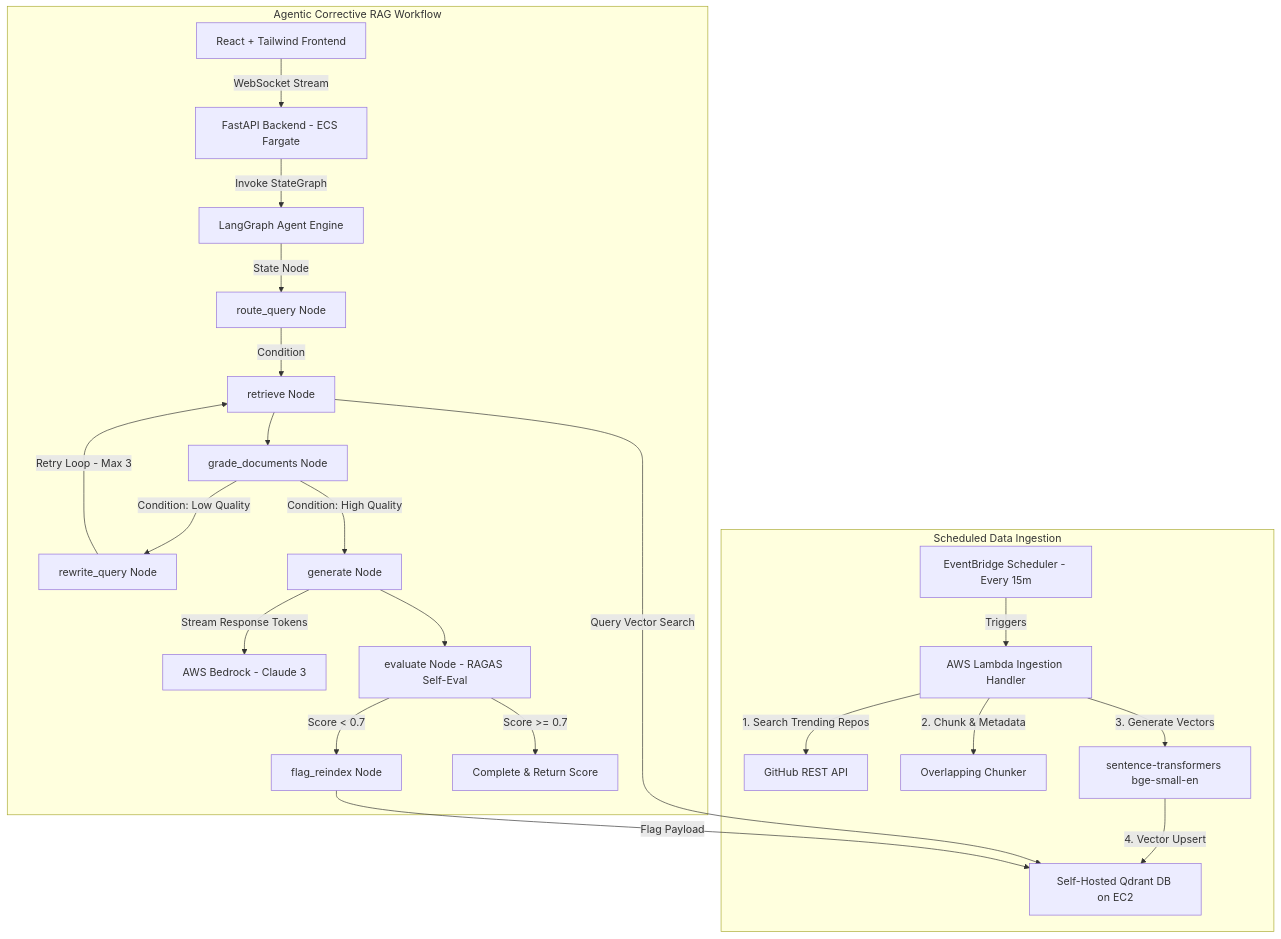
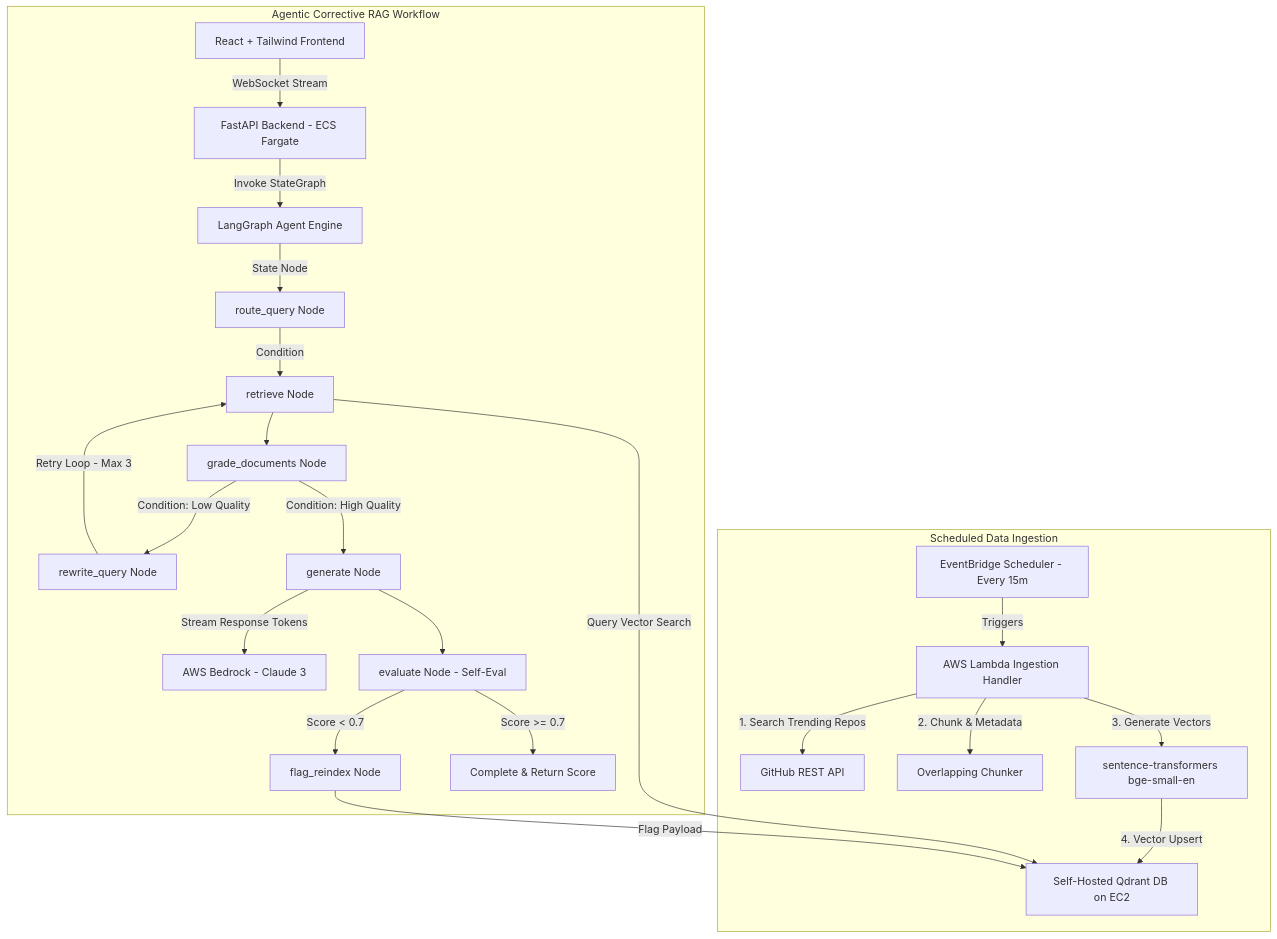
Before and after one commit to varmaleena/-agentic-rag-github-trending: the diagram in docs/architecture.md, drawn with Mermaid. The commit also changed other lines of this file and 5 other files, not shown here.

````diff
--- a/docs/architecture.md
+++ b/docs/architecture.md
@@ -9,31 +9,31 @@
 ```mermaid
 graph TD
     subgraph Scheduled Data Ingestion
         EB[EventBridge Scheduler - Every 15m] -->|Triggers| L1[AWS Lambda Ingestion Handler]
         L1 -->|1. Search Trending Repos| GH[GitHub REST API]
         L1 -->|2. Chunk & Metadata| CH[Overlapping Chunker]
         L1 -->|3. Generate Vectors| EMB[sentence-transformers bge-small-en]
         EMB -->|4. Vector Upsert| QD[Self-Hosted Qdrant DB on EC2]
     end
 
     subgraph Agentic Corrective RAG Workflow
         UI[React + Tailwind Frontend] -->|WebSocket Stream| API[FastAPI Backend - ECS Fargate]
         API -->|Invoke StateGraph| LG[LangGraph Agent Engine]
         
         LG -->|State Node| RN[route_query Node]
         RN -->|Condition| RET[retrieve Node]
         RET -->|Query Vector Search| QD
         
         RET --> GD[grade_documents Node]
         GD -->|Condition: Low Quality| RW[rewrite_query Node]
         RW -->|Retry Loop - Max 3| RET
         
         GD -->|Condition: High Quality| GEN[generate Node]
         GEN -->|Stream Response Tokens| BDR[AWS Bedrock - Claude 3]
-        GEN --> EVAL[evaluate Node - RAGAS Self-Eval]
+        GEN --> EVAL[evaluate Node - Self-Eval]
         
         EVAL -->|Score < 0.7| FLG[flag_reindex Node]
         FLG -->|Flag Payload| QD
         EVAL -->|Score >= 0.7| END[Complete & Return Score]
     end
 ```
````
